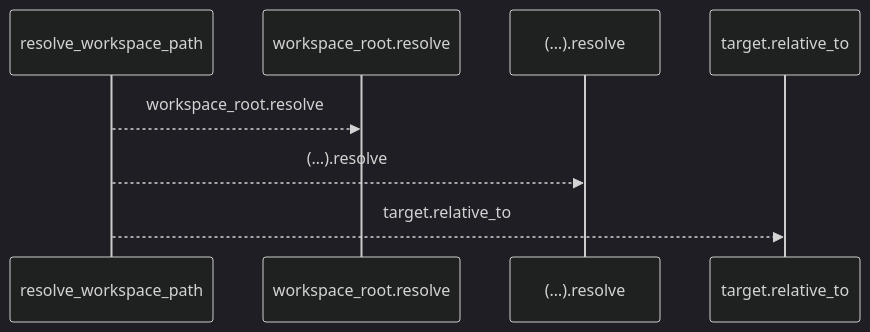
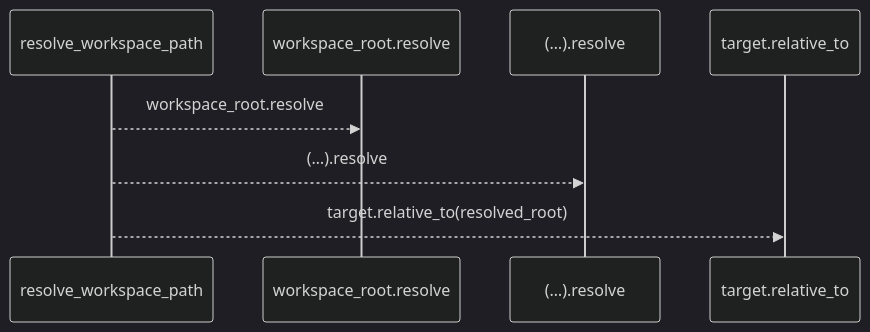
One commit to Denissvgn/python-wiki-llm changed the first of 2 diagrams in docs/llm_wiki/flows/api-resolve_workspace_path.md. Above: the diagram before and after it, drawn with Mermaid (dark theme). The commit also changed other lines of this file and 1410 other files, not shown here.

````diff
--- a/docs/llm_wiki/flows/api-resolve_workspace_path.md
+++ b/docs/llm_wiki/flows/api-resolve_workspace_path.md
@@ -10,10 +12,10 @@
 ```mermaid
 sequenceDiagram
     participant p0 as resolve_workspace_path
     participant p1 as workspace_root.resolve
     participant p2 as (…).resolve
     participant p3 as target.relative_to
     p0-->>p1: workspace_root.resolve
     p0-->>p2: (…).resolve
-    p0-->>p3: target.relative_to
+    p0-->>p3: target.relative_to(resolved_root)
 ```
````
